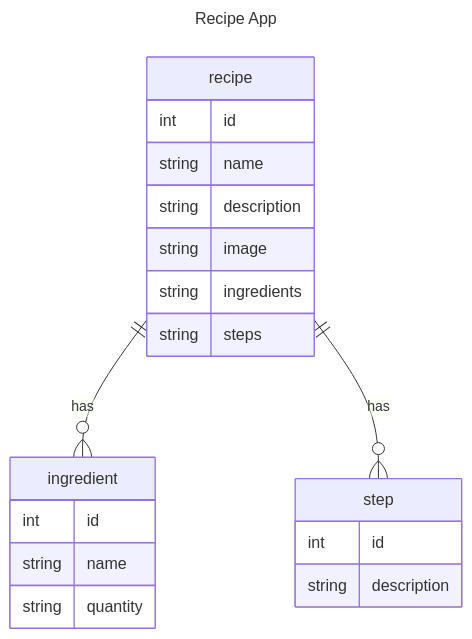
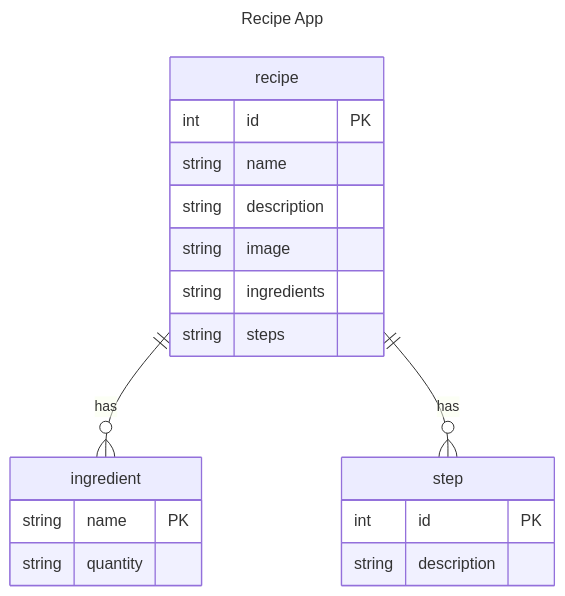
One commit to IIC3585-2024/pwa-group-04 changed the diagram in README.md. Above: the diagram before and after it, drawn with Mermaid. The commit also changed other lines of this file and 6 other files, not shown here.

````diff
--- a/README.md
+++ b/README.md
@@ -17,25 +17,24 @@
 ```mermaid
 ---
 title: Recipe App
 ---
 erDiagram
 recipe || --o{ ingredient : has
 recipe || --o{ step : has
 recipe {
-  int id
+  int id PK
   string name
   string description
   string image
   string ingredients
   string steps
 }
 ingredient {
-  int id
-  string name
+  string name PK
   string quantity
 }
 step {
-  int id
+  int id PK
   string description
 }
 ```
````
